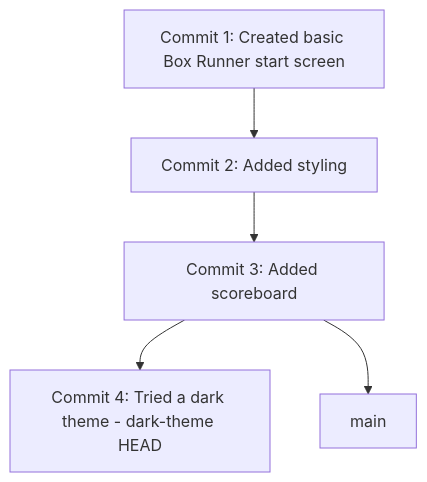
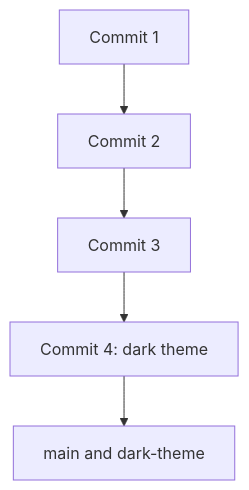
Before and after one commit to vedanta/box-runner: the diagram in docs/architecture.md, drawn with Mermaid. The commit also changed other lines of this file and 7 other files, not shown here.

````diff
--- a/docs/architecture.md
+++ b/docs/architecture.md
@@ -16,7 +16,7 @@
 ```mermaid
 flowchart TD
-  A[Commit 1: Created basic Box Runner start screen] --> B[Commit 2: Added styling]
-  B --> C[Commit 3: Added scoreboard]
-  C --> D[Commit 4: Tried a dark theme - dark-theme HEAD]
-  C --> M[main]
+  A[Commit 1] --> B[Commit 2]
+  B --> C[Commit 3]
+  C --> D[Commit 4: dark theme]
+  D --> M[main and dark-theme]
 ```
````
